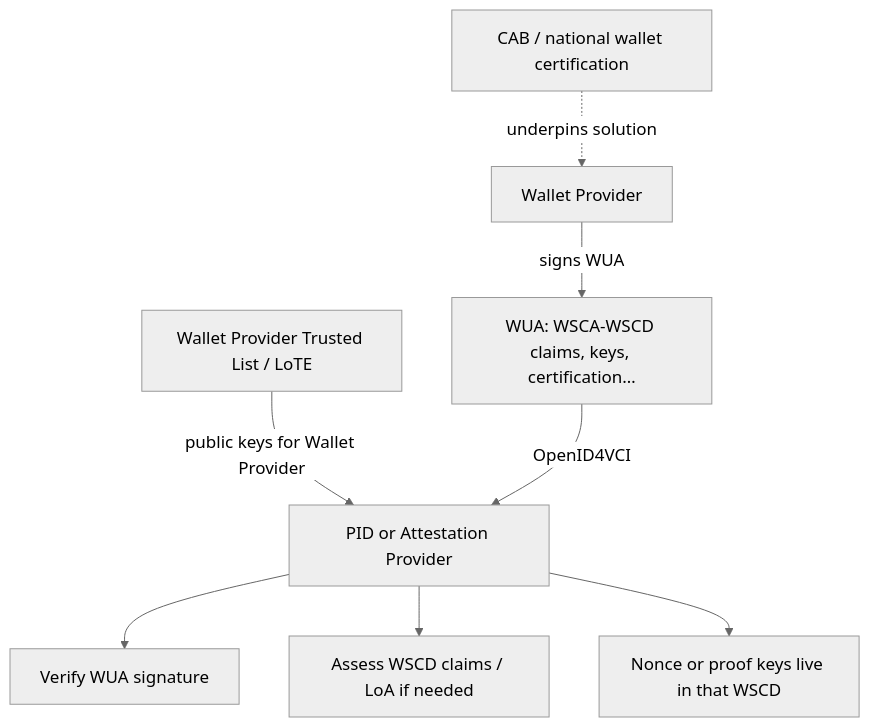
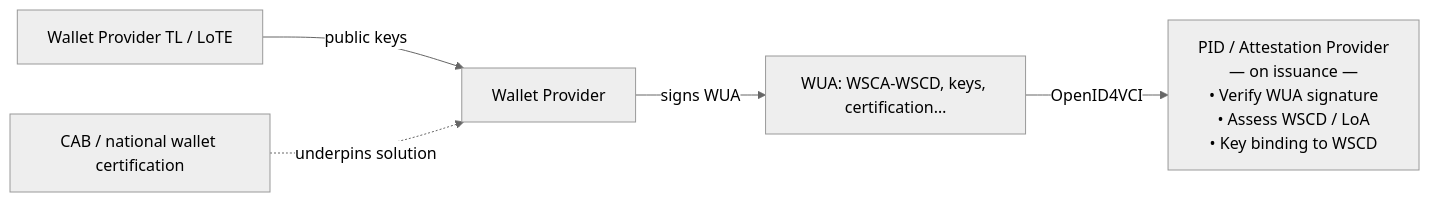
The diagram in trust-management-eudi-wallet/diagrams/d04-wscd-assurance.mmd (peppelinux/Wallet-Presentations), drawn with Mermaid before and after one commit. The commit also changed 7 other files, not shown here.

```diff
--- a/trust-management-eudi-wallet/diagrams/d04-wscd-assurance.mmd
+++ b/trust-management-eudi-wallet/diagrams/d04-wscd-assurance.mmd
@@ -1,10 +1,12 @@
-%%{init: {'theme': 'neutral', 'themeVariables': { 'fontSize': '17px'}}}%%
-flowchart TB
-  TLWP[Wallet Provider Trusted List / LoTE]
-  TLWP -->|public keys for Wallet Provider| PID2[PID or Attestation Provider]
-  WP2[Wallet Provider] -->|signs WUA| WUA2["WUA: WSCA-WSCD claims, keys, certification…"]
+%%{init: {'theme': 'neutral', 'themeVariables': { 'fontSize': '16px'}}}%%
+flowchart LR
+  TLWP["Wallet Provider TL / LoTE"]
+  CAB2["CAB / national wallet certification"]
+  WP2["Wallet Provider"]
+  WUA2["WUA: WSCA-WSCD, keys, certification…"]
+  PID2["PID / Attestation Provider<br/>— on issuance —<br/>• Verify WUA signature<br/>• Assess WSCD / LoA<br/>• Key binding to WSCD"]
+
+  TLWP -->|public keys| WP2
+  CAB2 -.->|underpins solution| WP2
+  WP2 -->|signs WUA| WUA2
   WUA2 -->|OpenID4VCI| PID2
-  PID2 --> Vsig[Verify WUA signature]
-  PID2 --> Vwsc[Assess WSCD claims / LoA if needed]
-  PID2 --> Vbind[Nonce or proof keys live in that WSCD]
-  CAB2[CAB / national wallet certification] -.->|underpins solution| WP2
```
